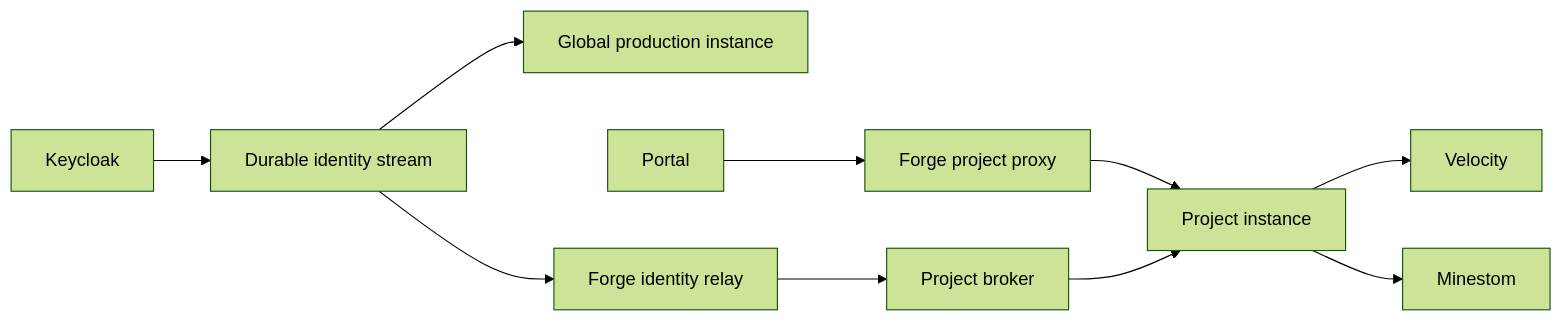
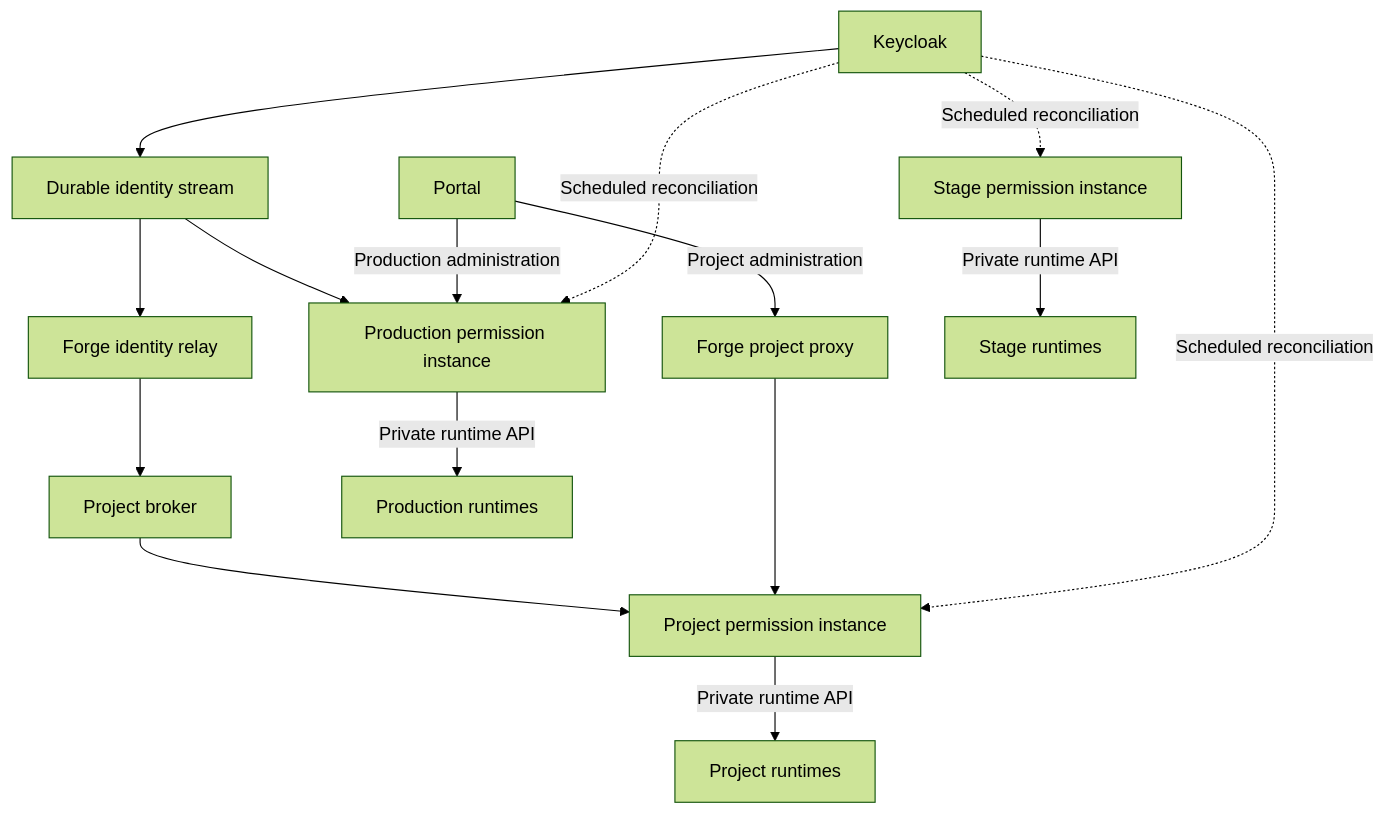
The diagram in reference/plugins/in-game-permissions/infrastructure.mdx (groundsgg/docs), drawn with Mermaid (forest theme) before and after one commit. The commit also changed other lines of this file and 6 other files, not shown here.

First line of the commit message:
docs: update in-game permissions architecture (#45)

````diff
--- a/reference/plugins/in-game-permissions/infrastructure.mdx
+++ b/reference/plugins/in-game-permissions/infrastructure.mdx
@@ -10,12 +10,20 @@
 ```mermaid
-flowchart LR
+flowchart TB
   keycloak[Keycloak] --> stream[Durable identity stream]
-  stream --> global[Global production instance]
+  stream --> production[Production permission instance]
   stream --> forge[Forge identity relay]
-  portal[Portal] --> proxy[Forge project proxy]
-  proxy --> project[Project instance]
   forge --> broker[Project broker]
-  broker --> project
-  project --> velocity[Velocity]
-  project --> minestom[Minestom]
+  broker --> project[Project permission instance]
+
+  portal[Portal] -->|Production administration| production
+  portal -->|Project administration| proxy[Forge project proxy]
+  proxy --> project
+
+  keycloak -. Scheduled reconciliation .-> production
+  keycloak -. Scheduled reconciliation .-> stage[Stage permission instance]
+  keycloak -. Scheduled reconciliation .-> project
+
+  production -->|Private runtime API| productionRuntime[Production runtimes]
+  stage -->|Private runtime API| stageRuntime[Stage runtimes]
+  project -->|Private runtime API| projectRuntime[Project runtimes]
 ```
````
